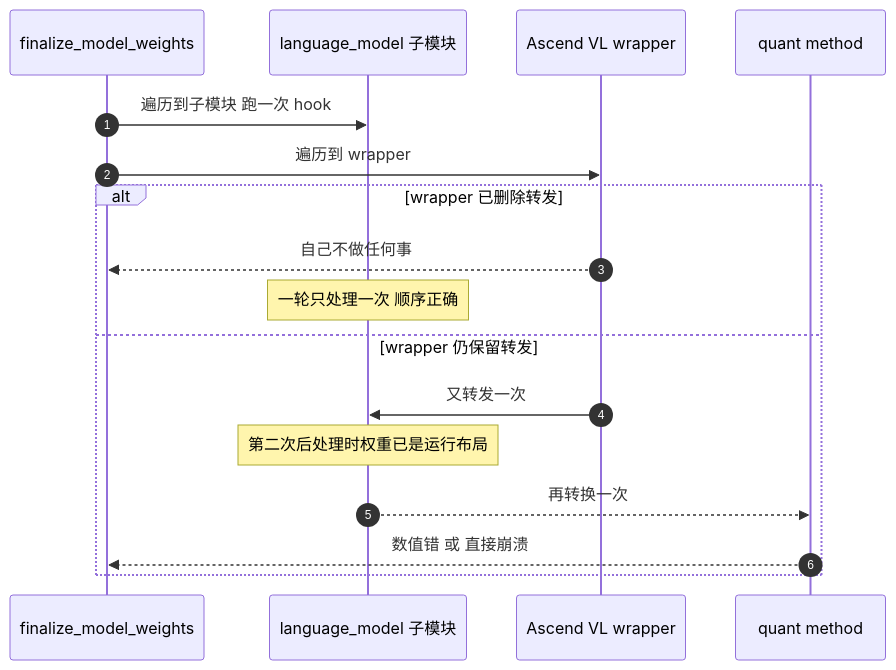
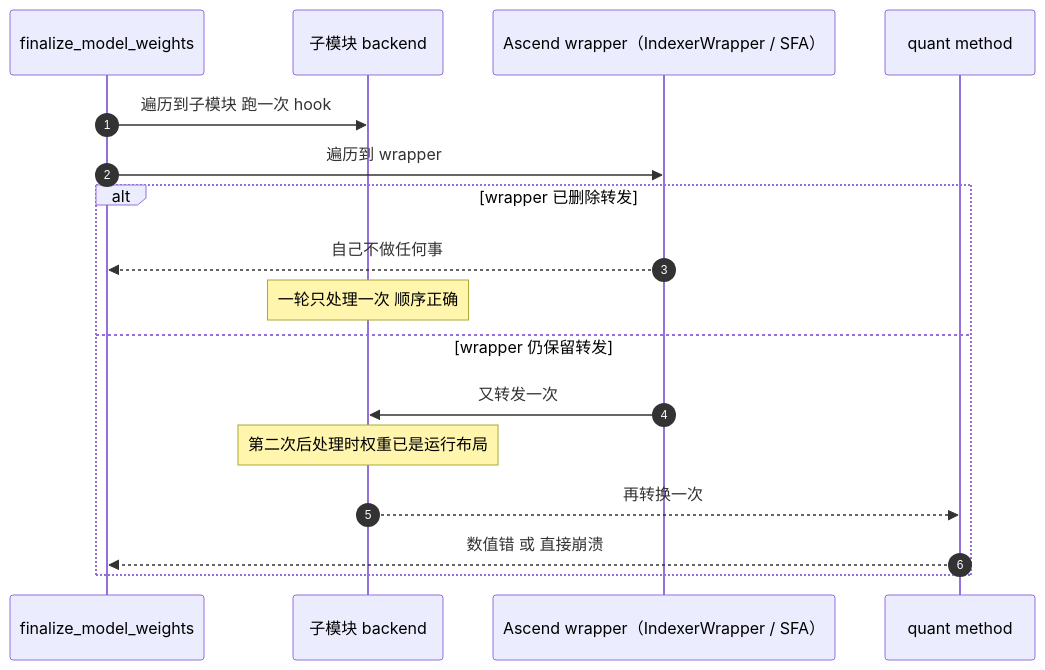
One commit to wuruiyun/blue-zone-wiki changed diagram 12 of 15 in vllm-rfc54477-direct-reload-ascend.md. Above: the diagram before and after it, drawn with Mermaid. The commit also changed other lines of this file, not shown here.

````diff
--- a/vllm-rfc54477-direct-reload-ascend.md
+++ b/vllm-rfc54477-direct-reload-ascend.md
@@ -736,20 +714,20 @@
 ```mermaid
 sequenceDiagram
   autonumber
   participant FW as finalize_model_weights
-  participant CH as language_model 子模块
-  participant WR as Ascend VL wrapper
+  participant CH as 子模块 backend
+  participant WR as Ascend wrapper（IndexerWrapper / SFA）
   participant Q as quant method
 
   FW->>CH: 遍历到子模块 跑一次 hook
   FW->>WR: 遍历到 wrapper
   alt wrapper 已删除转发
     WR-->>FW: 自己不做任何事
     Note over CH: 一轮只处理一次 顺序正确
   else wrapper 仍保留转发
     WR->>CH: 又转发一次
     Note over CH: 第二次后处理时权重已是运行布局
     CH-->>Q: 再转换一次
     Q-->>FW: 数值错 或 直接崩溃
   end
 ```
````
